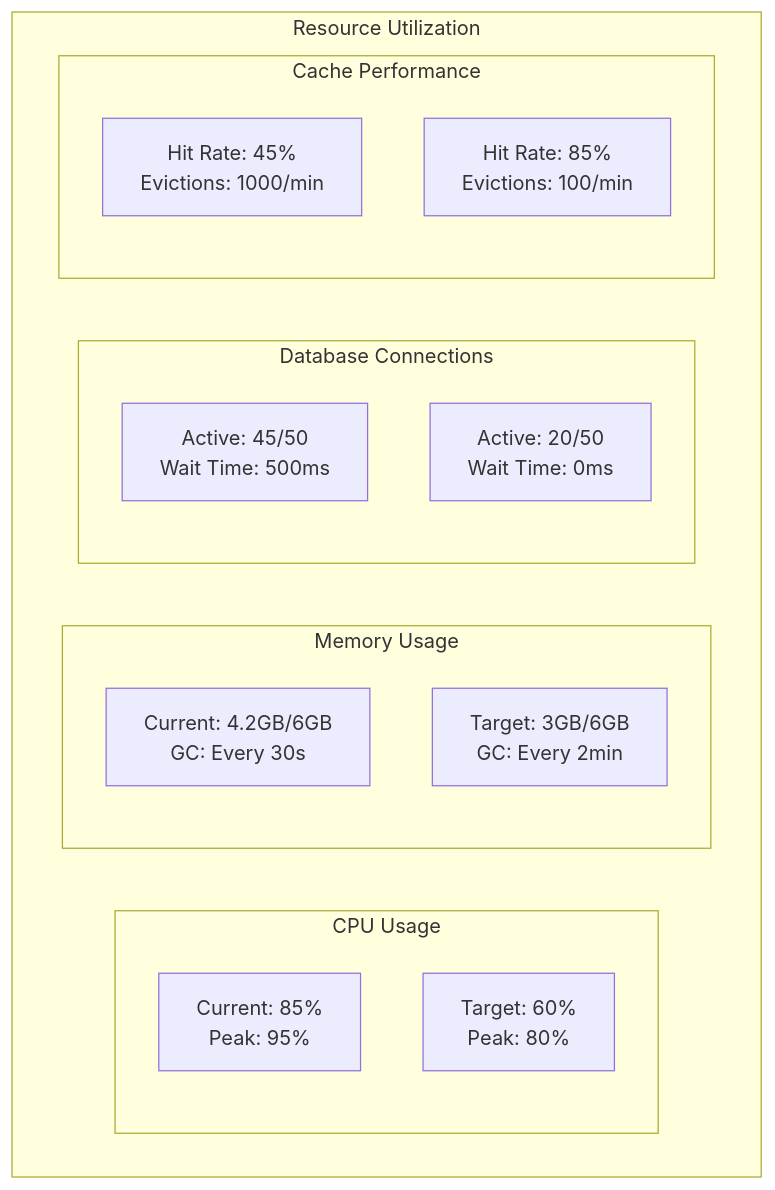
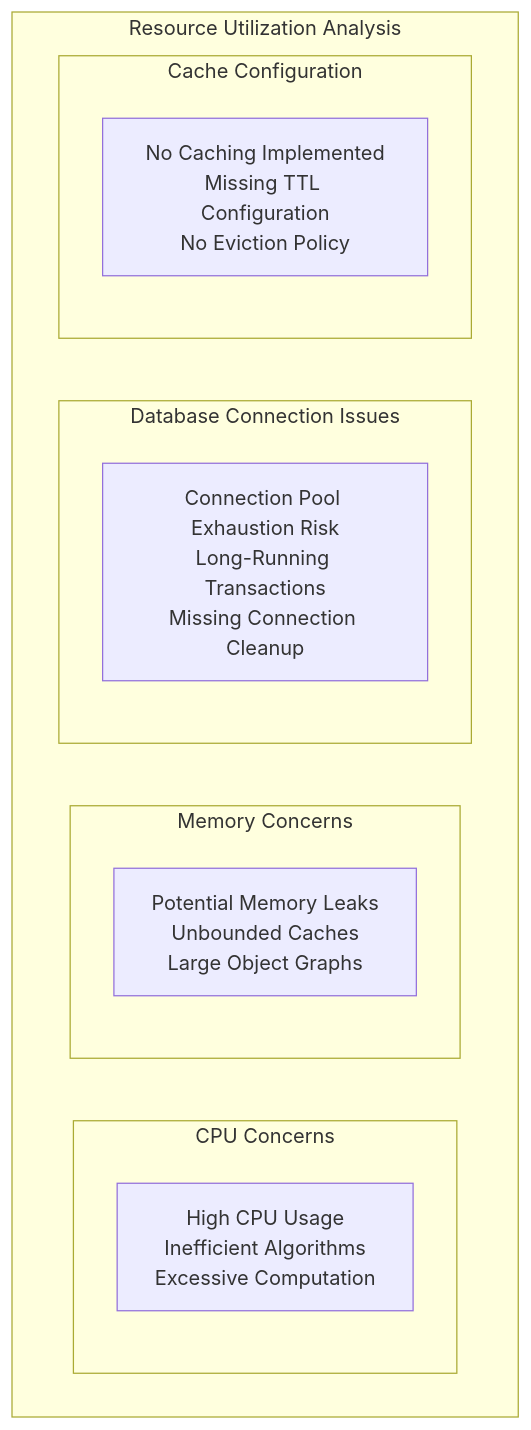
One commit to jpount/doc-diagram-gen changed the diagram in .claude/agents/performance-analyst.md. Above: the diagram before and after it, drawn with Mermaid. The commit also changed other lines of this file and 110 other files, not shown here.

````diff
--- a/.claude/agents/performance-analyst.md
+++ b/.claude/agents/performance-analyst.md
@@ -220,24 +222,20 @@
 ```mermaid
 graph TB
-    subgraph "Resource Utilization"
-        subgraph "CPU Usage"
-            CPU_CURRENT[Current: 85%<br/>Peak: 95%]
-            CPU_TARGET[Target: 60%<br/>Peak: 80%]
+    subgraph "Resource Utilization Analysis"
+        subgraph "CPU Concerns"
+            CPU_ISSUE[High CPU Usage<br/>Inefficient Algorithms<br/>Excessive Computation]
         end
         
-        subgraph "Memory Usage"
-            MEM_CURRENT[Current: 4.2GB/6GB<br/>GC: Every 30s]
-            MEM_TARGET[Target: 3GB/6GB<br/>GC: Every 2min]
+        subgraph "Memory Concerns"
+            MEM_ISSUE[Potential Memory Leaks<br/>Unbounded Caches<br/>Large Object Graphs]
         end
         
-        subgraph "Database Connections"
-            DB_CURRENT[Active: 45/50<br/>Wait Time: 500ms]
-            DB_TARGET[Active: 20/50<br/>Wait Time: 0ms]
+        subgraph "Database Connection Issues"
+            DB_ISSUE[Connection Pool Exhaustion Risk<br/>Long-Running Transactions<br/>Missing Connection Cleanup]
         end
         
-        subgraph "Cache Performance"
-            CACHE_CURRENT[Hit Rate: 45%<br/>Evictions: 1000/min]
-            CACHE_TARGET[Hit Rate: 85%<br/>Evictions: 100/min]
+        subgraph "Cache Configuration"
+            CACHE_ISSUE[No Caching Implemented<br/>Missing TTL Configuration<br/>No Eviction Policy]
         end
     end
 ```
````
